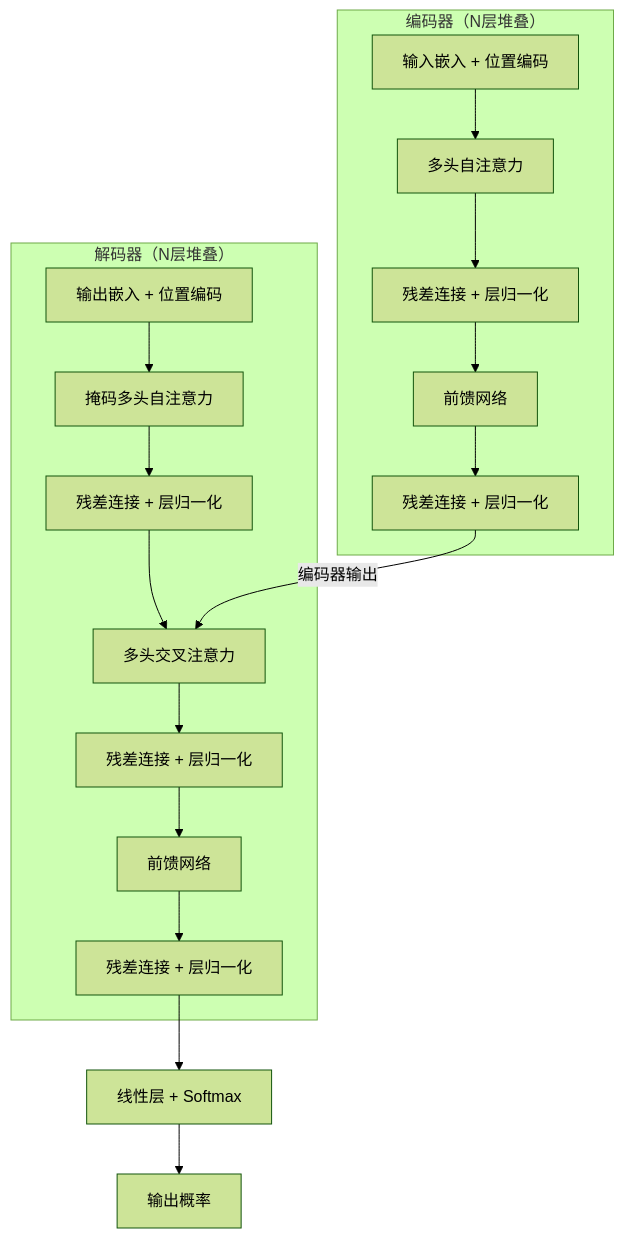
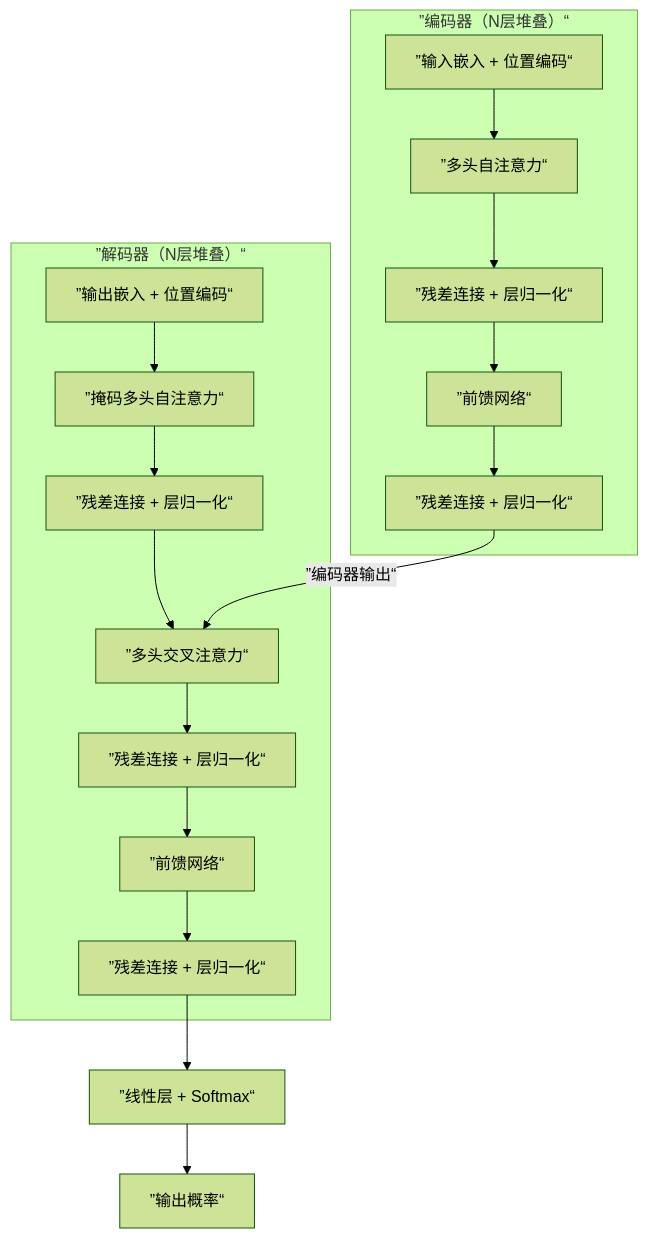
Before and after one commit to yeasy/llm_internals: the diagram in 01_introduction/1.4_transformer_idea.md, drawn with Mermaid (forest theme). The commit also changed other lines of this file and 7 other files, not shown here.

````diff
--- a/01_introduction/1.4_transformer_idea.md
+++ b/01_introduction/1.4_transformer_idea.md
@@ -31,26 +31,26 @@
 ```mermaid
 graph TB
-    subgraph enc["编码器（N层堆叠）"]
-        e_input["输入嵌入 + 位置编码"]
-        e_sa["多头自注意力"]
-        e_an1["残差连接 + 层归一化"]
-        e_ff["前馈网络"]
-        e_an2["残差连接 + 层归一化"]
+    subgraph enc[”编码器（N层堆叠）“]
+        e_input[”输入嵌入 + 位置编码“]
+        e_sa[”多头自注意力“]
+        e_an1[”残差连接 + 层归一化“]
+        e_ff[”前馈网络“]
+        e_an2[”残差连接 + 层归一化“]
         e_input --> e_sa --> e_an1 --> e_ff --> e_an2
     end
 
-    subgraph dec["解码器（N层堆叠）"]
-        d_input["输出嵌入 + 位置编码"]
-        d_sa["掩码多头自注意力"]
-        d_an1["残差连接 + 层归一化"]
-        d_ca["多头交叉注意力"]
-        d_an2["残差连接 + 层归一化"]
-        d_ff["前馈网络"]
-        d_an3["残差连接 + 层归一化"]
+    subgraph dec[”解码器（N层堆叠）“]
+        d_input[”输出嵌入 + 位置编码“]
+        d_sa[”掩码多头自注意力“]
+        d_an1[”残差连接 + 层归一化“]
+        d_ca[”多头交叉注意力“]
+        d_an2[”残差连接 + 层归一化“]
+        d_ff[”前馈网络“]
+        d_an3[”残差连接 + 层归一化“]
         d_input --> d_sa --> d_an1 --> d_ca --> d_an2 --> d_ff --> d_an3
     end
 
-    e_an2 -->|"编码器输出"| d_ca
-    d_an3 --> linear["线性层 + Softmax"]
-    linear --> output["输出概率"]
+    e_an2 -->|”编码器输出“| d_ca
+    d_an3 --> linear[”线性层 + Softmax“]
+    linear --> output[”输出概率“]
 ```
````
